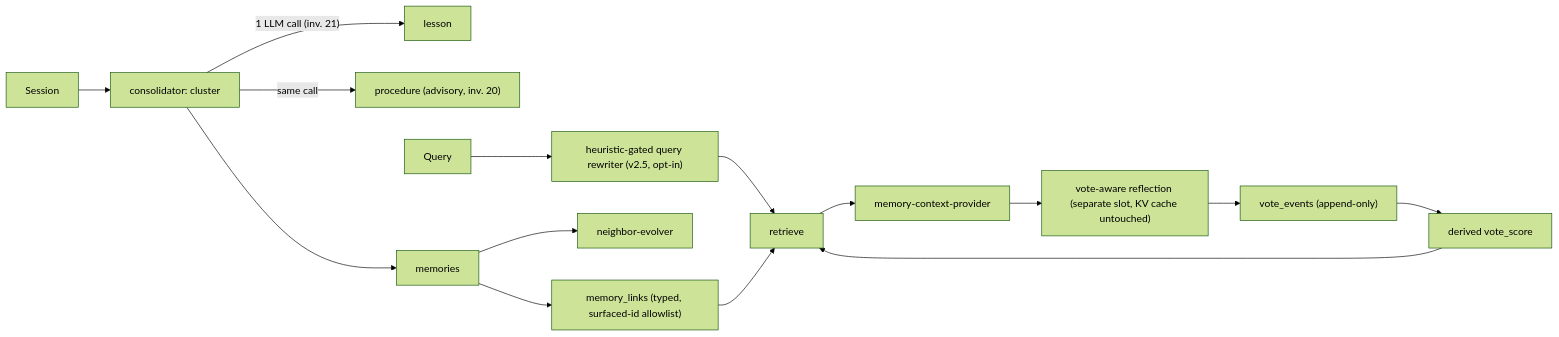
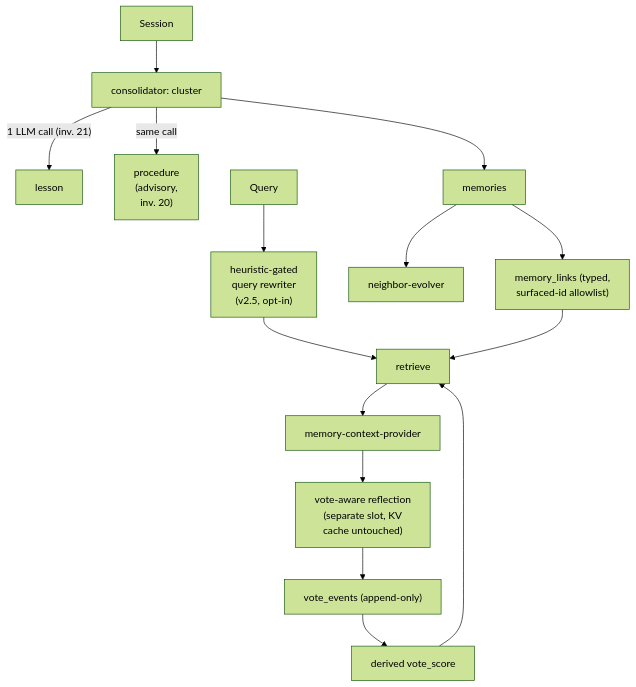
One commit to neoneye/agent-memory-atlas changed the diagram in content/systems/atomic-agent.md. Above: the diagram before and after it, drawn with Mermaid (forest theme). The commit also changed 99 other files, not shown here.

First line of the commit message:
Reshape the remaining 49 diagrams so their labels are legible

````diff
--- a/content/systems/atomic-agent.md
+++ b/content/systems/atomic-agent.md
@@ -102,17 +102,17 @@
 ```mermaid
-flowchart LR
+flowchart TD
   Sess["Session"] --> Cons["consolidator: cluster"]
   Cons -->|"1 LLM call (inv. 21)"| Lesson["lesson"]
-  Cons -->|same call| Proc["procedure (advisory, inv. 20)"]
+  Cons -->|same call| Proc["procedure<br/>(advisory,<br/>inv. 20)"]
   Cons --> Mem["memories"]
-  Mem --> Links["memory_links (typed, surfaced-id allowlist)"]
+  Mem --> Links["memory_links (typed,<br/>surfaced-id allowlist)"]
   Mem --> Evolve["neighbor-evolver"]
-  Q["Query"] --> Rewrite["heuristic-gated query rewriter (v2.5, opt-in)"]
+  Q["Query"] --> Rewrite["heuristic-gated<br/>query rewriter<br/>(v2.5, opt-in)"]
   Rewrite --> Retr["retrieve"]
   Links --> Retr
   Retr --> Ctx["memory-context-provider"]
-  Ctx --> Refl["vote-aware reflection (separate slot, KV cache untouched)"]
+  Ctx --> Refl["vote-aware reflection<br/>(separate slot, KV<br/>cache untouched)"]
   Refl --> VE["vote_events (append-only)"]
   VE --> Score["derived vote_score"]
   Score --> Retr
 ```
````
